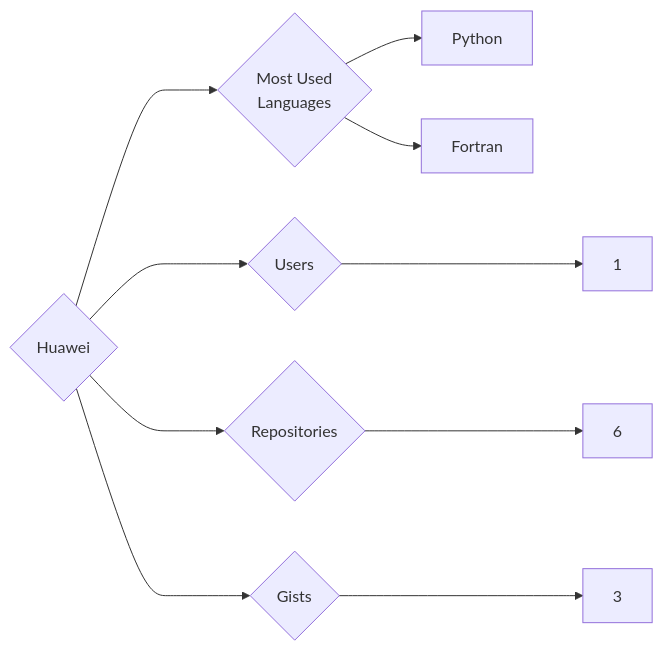
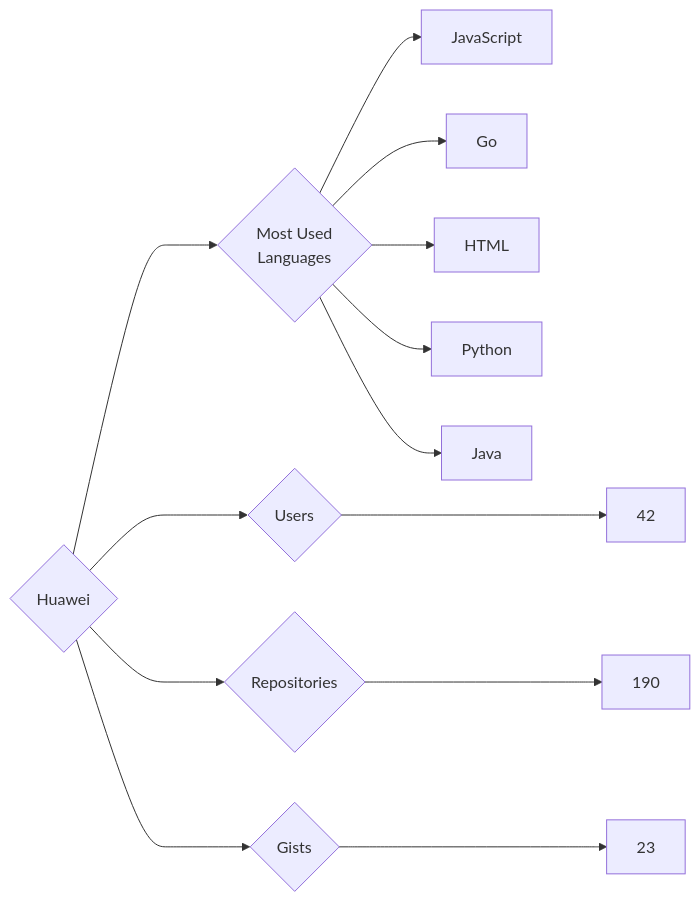
Before and after one commit to trickest/insiders: the diagram in targets/Huawei/README.md, drawn with Mermaid. The commit also changed 925 other files, not shown here.

````diff
--- a/targets/Huawei/README.md
+++ b/targets/Huawei/README.md
@@ -3,10 +3,13 @@
 ```mermaid
 graph LR
 COMPANY_NAME{Huawei}
-COMPANY_NAME ---> U{Users} ---> UN[1]
-COMPANY_NAME ---> R{Repositories} ---> RN[6]
-COMPANY_NAME ---> G{Gists} ---> GN[3]
+COMPANY_NAME ---> U{Users} ---> UN[42]
+COMPANY_NAME ---> R{Repositories} ---> RN[190]
+COMPANY_NAME ---> G{Gists} ---> GN[23]
 COMPANY_NAME ---> ML{Most Used<br>Languages}
+ML --> JavaScript[JavaScript]
+ML --> Go[Go]
+ML --> HTML[HTML]
 ML --> Python[Python]
-ML --> Fortran[Fortran]
+ML --> Java[Java]
 ```
````
